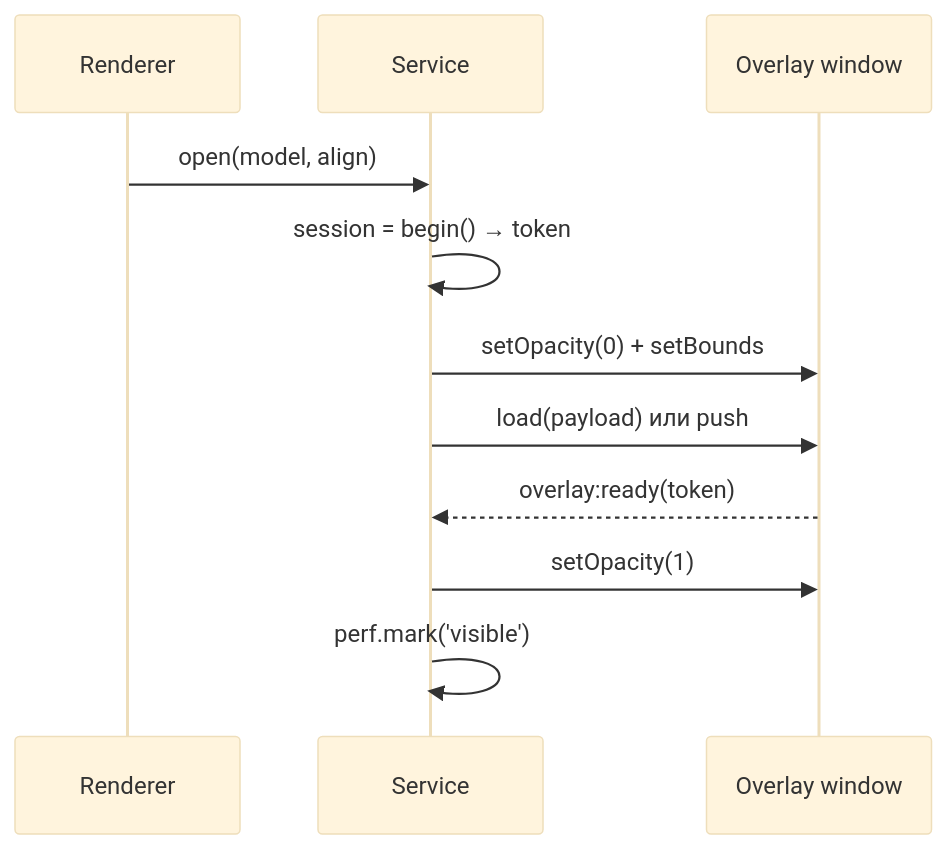
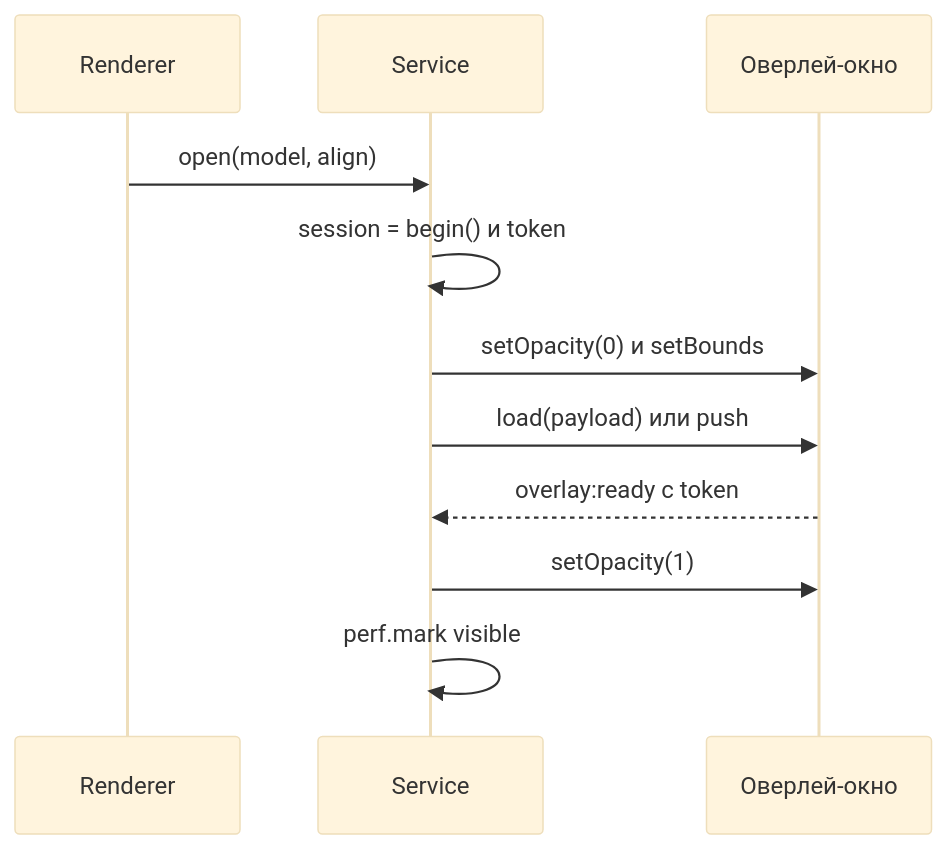
The second of 3 diagrams in src/main/docs/OVERLAY_PLAN.md (trb1mkr/konstruktor), drawn with Mermaid (base theme) before and after one commit. The commit also changed other lines of this file and 14 other files, not shown here.

Commit message:
fix: unmount content when parking overlay window

````diff
--- a/src/main/docs/OVERLAY_PLAN.md
+++ b/src/main/docs/OVERLAY_PLAN.md
@@ -80,13 +190,13 @@
 ```mermaid
 sequenceDiagram
   participant R as Renderer
   participant M as Service
-  participant W as Overlay window
+  participant W as Оверлей-окно
   R->>M: open(model, align)
-  M->>M: session = begin() → token
-  M->>W: setOpacity(0) + setBounds
+  M->>M: session = begin() и token
+  M->>W: setOpacity(0) и setBounds
   M->>W: load(payload) или push
-  W-->>M: overlay:ready(token)
+  W-->>M: overlay:ready с token
   M->>W: setOpacity(1)
-  M->>M: perf.mark('visible')
+  M->>M: perf.mark visible
 ```
````
